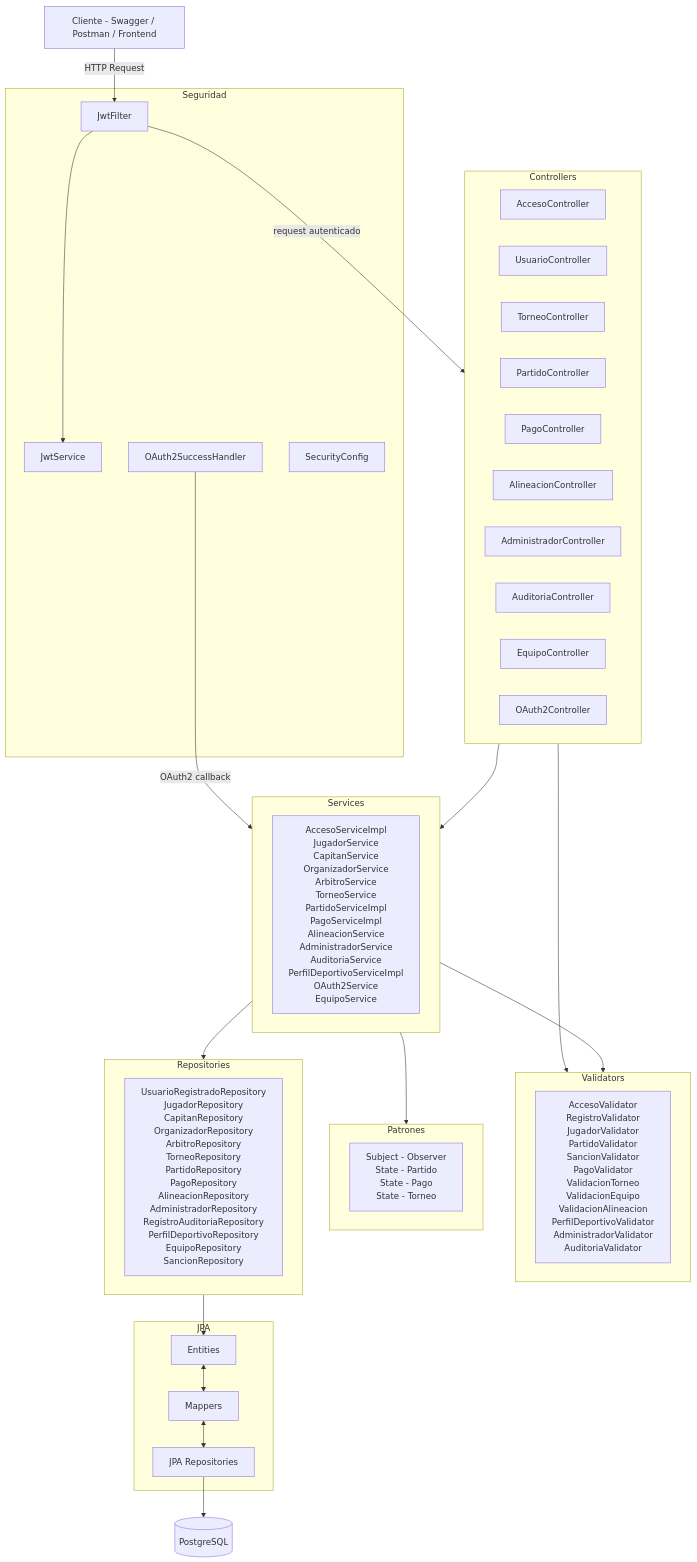
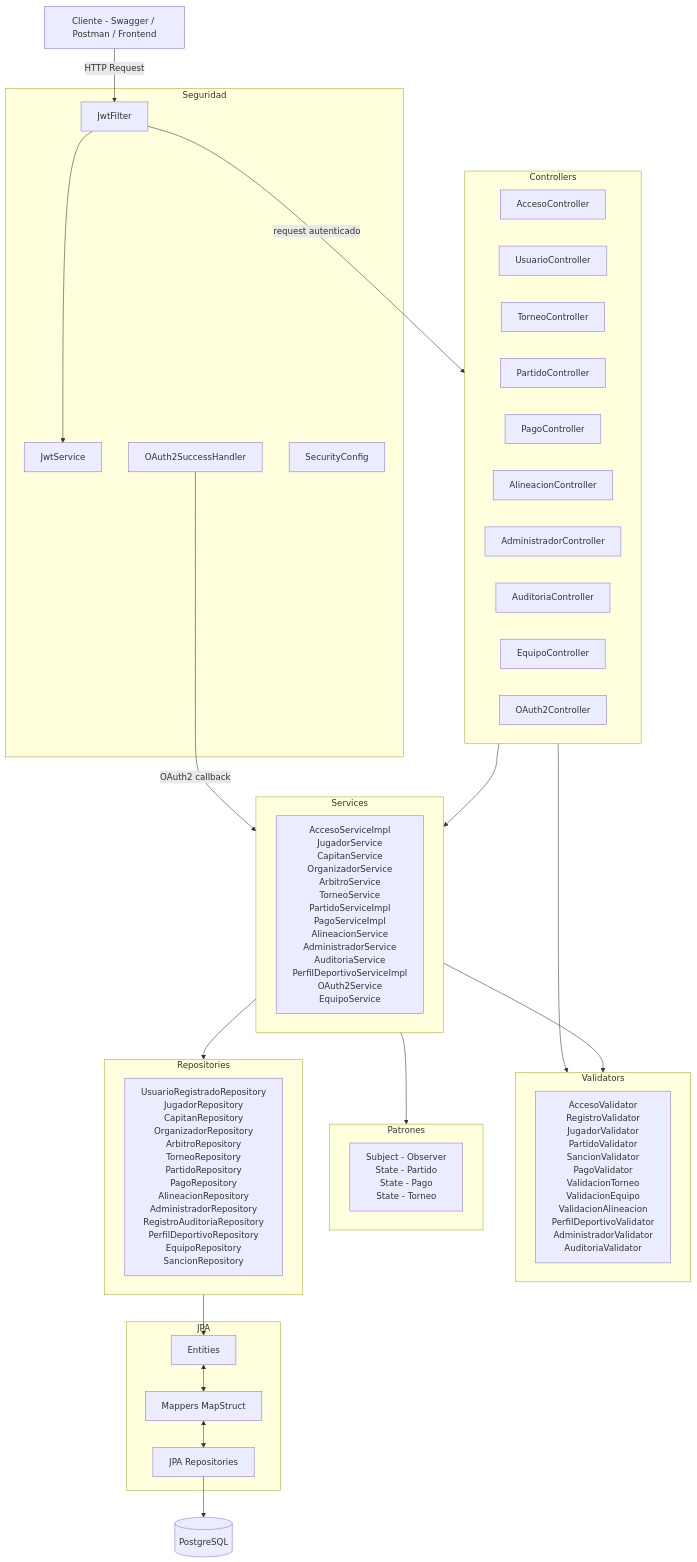
One commit to nglsz006/SFC_techcup-futbol changed the diagram in docs/uml/componentes/componentes-general.md. Above: the diagram before and after it, drawn with Mermaid. The commit also changed other lines of this file and 22 other files, not shown here.

Commit message:
docs: arreglar diagramas final

````diff
--- a/docs/uml/componentes/componentes-general.md
+++ b/docs/uml/componentes/componentes-general.md
@@ -7,62 +7,62 @@
 ```mermaid
 graph TD
     CLI[Cliente - Swagger / Postman / Frontend]
 
     subgraph Seguridad["Seguridad"]
         JF[JwtFilter]
         JS[JwtService]
         OH[OAuth2SuccessHandler]
         SC[SecurityConfig]
     end
 
     subgraph Controllers["Controllers"]
         AC[AccesoController]
         UC[UsuarioController]
         TC[TorneoController]
         PC[PartidoController]
         PAC[PagoController]
         ALC[AlineacionController]
         ADC[AdministradorController]
         AUC[AuditoriaController]
         EC[EquipoController]
         OC[OAuth2Controller]
     end
 
     subgraph Services["Services"]
         SVC[AccesoServiceImpl\nJugadorService\nCapitanService\nOrganizadorService\nArbitroService\nTorneoService\nPartidoServiceImpl\nPagoServiceImpl\nAlineacionService\nAdministradorService\nAuditoriaService\nPerfilDeportivoServiceImpl\nOAuth2Service\nEquipoService]
     end
 
     subgraph Validators["Validators"]
         VAL[AccesoValidator\nRegistroValidator\nJugadorValidator\nPartidoValidator\nSancionValidator\nPagoValidator\nValidacionTorneo\nValidacionEquipo\nValidacionAlineacion\nPerfilDeportivoValidator\nAdministradorValidator\nAuditoriaValidator]
     end
 
     subgraph Patterns["Patrones"]
         PAT[Subject - Observer\nState - Partido\nState - Pago\nState - Torneo]
     end
 
     subgraph Repositories["Repositories"]
         REP[UsuarioRegistradoRepository\nJugadorRepository\nCapitanRepository\nOrganizadorRepository\nArbitroRepository\nTorneoRepository\nPartidoRepository\nPagoRepository\nAlineacionRepository\nAdministradorRepository\nRegistroAuditoriaRepository\nPerfilDeportivoRepository\nEquipoRepository\nSancionRepository]
     end
 
     subgraph Persistence["JPA"]
         ENT[Entities]
-        MAP[Mappers]
+        MAP[Mappers MapStruct]
         JPA[JPA Repositories]
     end
 
     PG[(PostgreSQL)]
 
     CLI -->|HTTP Request| JF
     JF --> JS
     JF -->|request autenticado| Controllers
     OH -->|OAuth2 callback| Services
     Controllers --> Services
     Controllers --> Validators
     Services --> Validators
     Services --> Patterns
     Services --> Repositories
     Repositories --> ENT
     ENT <--> MAP
     MAP <--> JPA
     JPA --> PG
 ```
````
